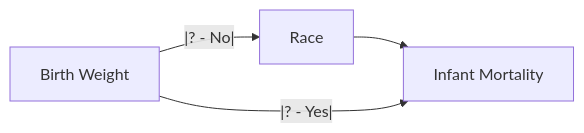
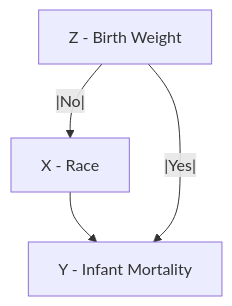
Before and after one commit to flemm0/PM592: the diagram in Lecture_Materials/Week06/README.md, drawn with Mermaid.

Commit message:
update chart in week 6 lecture

````diff
--- a/Lecture_Materials/Week06/README.md
+++ b/Lecture_Materials/Week06/README.md
@@ -83,10 +83,10 @@
 ```mermaid
-graph LR
-X[Race]
-Y[Infant Mortality]
-Conf[Birth Weight]
+flowchart TD
+    X[X - Race]
+    Y[Y - Infant Mortality]
+    Conf[Z - Birth Weight]
 
 X --> Y
-Conf --|? - Yes|--> Y 
-Conf --|? - No|--> X
+Conf --|Yes|--> Y 
+Conf --|No|--> X
 ```
````
